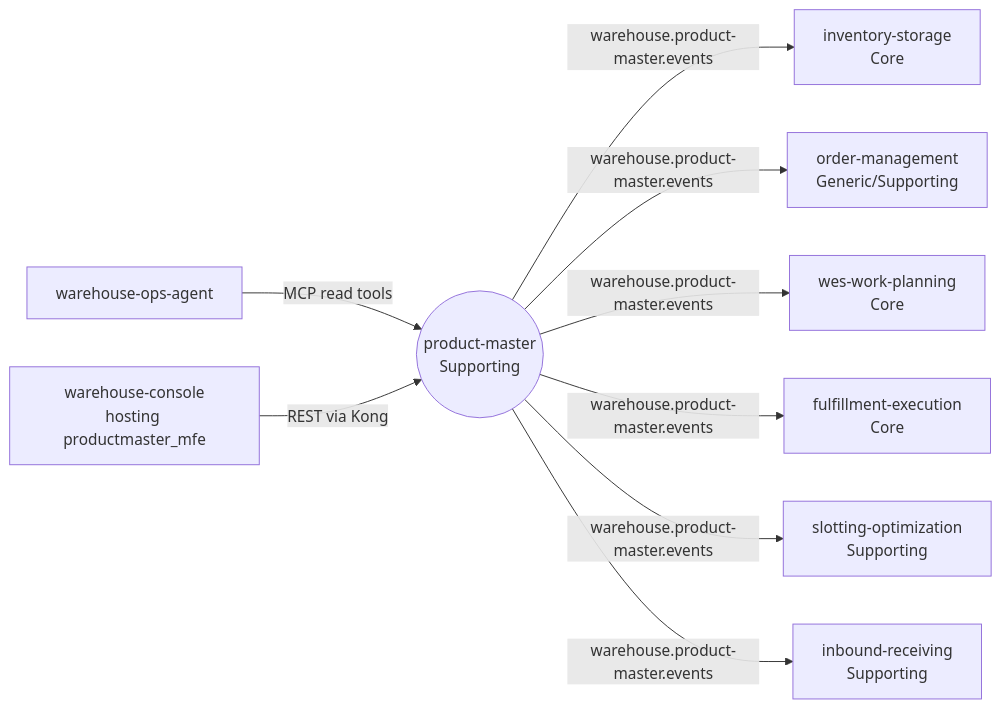
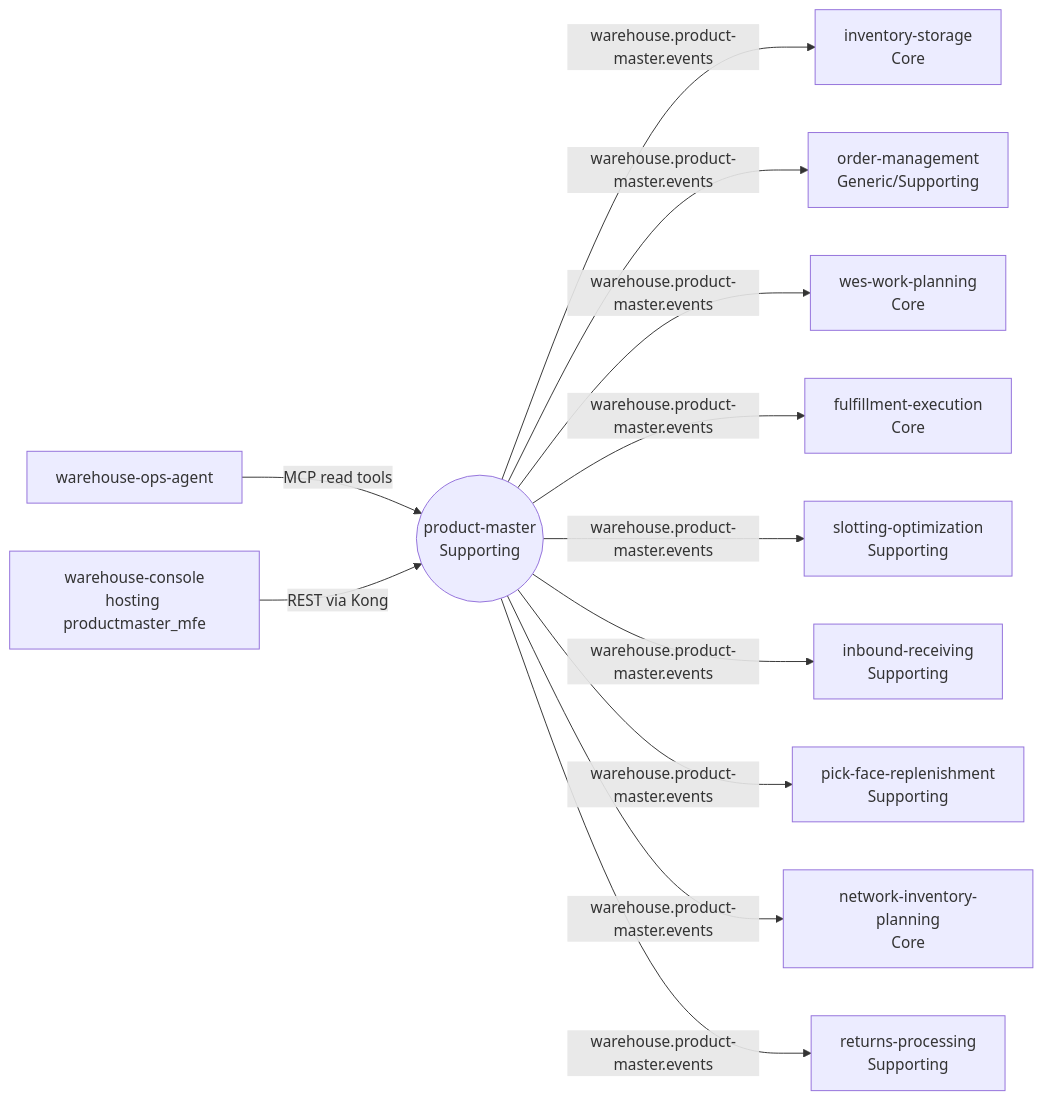
Before and after one commit to IQVO/product-master: the diagram in docs/docs/overview/context.md, drawn with Mermaid. The commit also changed other lines of this file and 12 other files, not shown here.

First line of the commit message:
docs(product-master): reconcile consumers and pack-level state with the code

````diff
--- a/docs/docs/overview/context.md
+++ b/docs/docs/overview/context.md
@@ -26,21 +26,27 @@
 ```mermaid
 flowchart LR
   PM(("product-master<br/>Supporting"))
   INV["inventory-storage<br/>Core"]
   OM["order-management<br/>Generic/Supporting"]
   WWP["wes-work-planning<br/>Core"]
   FE["fulfillment-execution<br/>Core"]
   SO["slotting-optimization<br/>Supporting"]
   IR["inbound-receiving<br/>Supporting"]
+  PFR["pick-face-replenishment<br/>Supporting"]
+  NIP["network-inventory-planning<br/>Core"]
+  RP["returns-processing<br/>Supporting"]
   OPS["warehouse-ops-agent"]
   CON["warehouse-console<br/>hosting productmaster_mfe"]
 
   PM -- "warehouse.product-master.events" --> INV
   PM -- "warehouse.product-master.events" --> OM
   PM -- "warehouse.product-master.events" --> WWP
   PM -- "warehouse.product-master.events" --> FE
   PM -- "warehouse.product-master.events" --> SO
   PM -- "warehouse.product-master.events" --> IR
+  PM -- "warehouse.product-master.events" --> PFR
+  PM -- "warehouse.product-master.events" --> NIP
+  PM -- "warehouse.product-master.events" --> RP
   OPS -- "MCP read tools" --> PM
   CON -- "REST via Kong" --> PM
 ```
````
